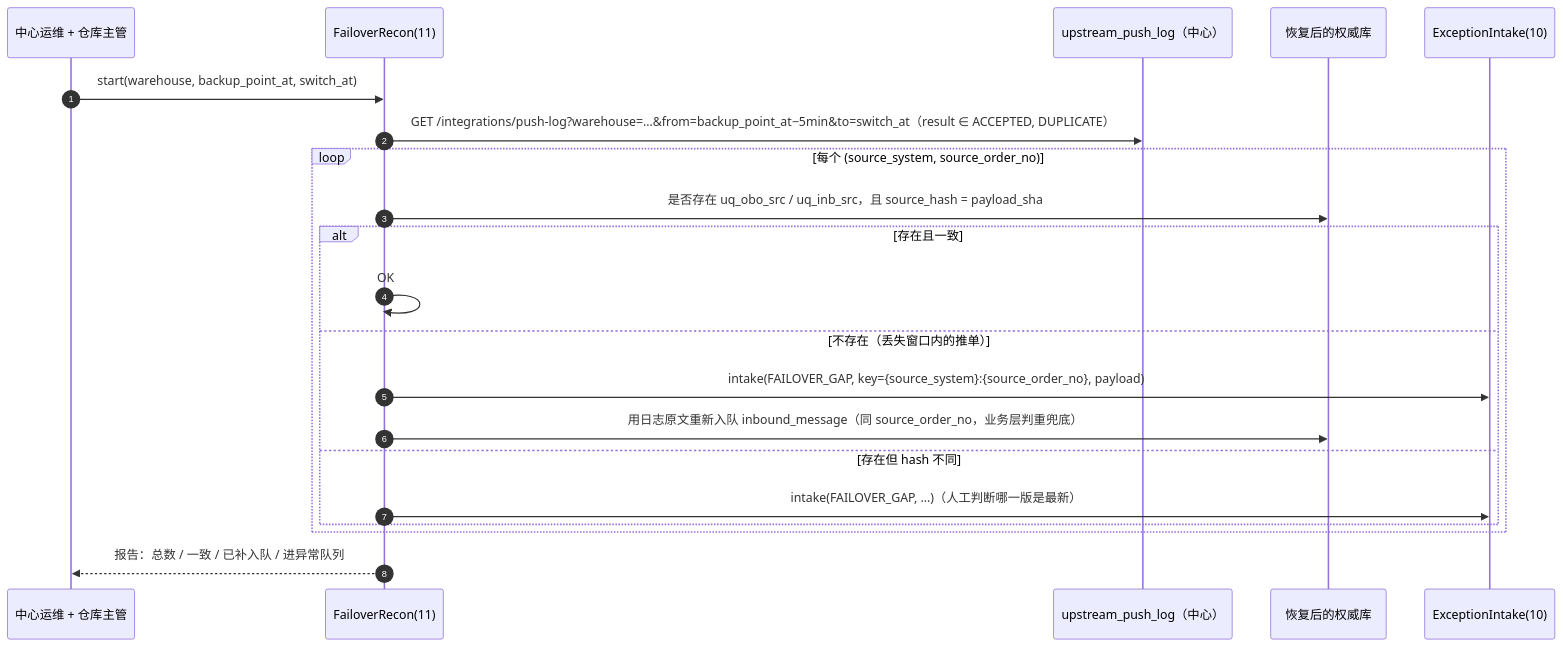
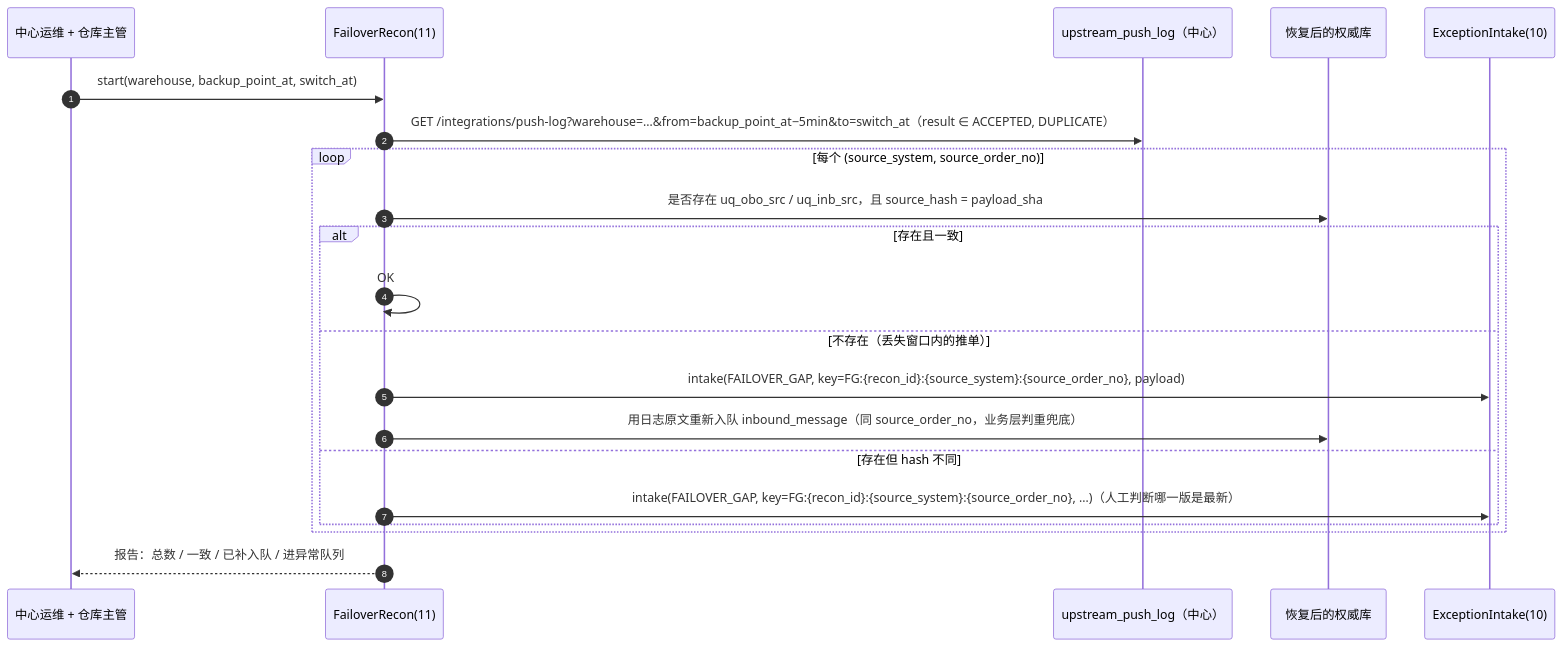
Before and after one commit to Akarin7784/fresh-wms: the fifth of 5 diagrams in docs/11-接口集成.md, drawn with Mermaid. The commit also changed other lines of this file and 4 other files, not shown here.

Commit message:
docs(11)+sql: 小赵二评 B1 推送日志只追加库层落地（两库触发器、PG TRUNCATE 触发器、wms_app 仅 SELECT/INSERT、wms_archiver 只删到期行）、I1 retain_until ≥ received_at+90 天两库 CHECK、I2 授权、ck_upl_sha、FAILOVER_GAP 键带核对批次号；合并 docs/first-design a2ba404；SQLite 131/131、PG 131/131

````diff
--- a/docs/11-接口集成.md
+++ b/docs/11-接口集成.md
@@ -253,23 +254,23 @@
 ```mermaid
 sequenceDiagram
   autonumber
   participant OPS as 中心运维 + 仓库主管
   participant RC as FailoverRecon(11)
   participant LOG as upstream_push_log（中心）
   participant DB as 恢复后的权威库
   participant EXC as ExceptionIntake(10)
   OPS->>RC: start(warehouse, backup_point_at, switch_at)
   RC->>LOG: GET /integrations/push-log?warehouse=…&from=backup_point_at−5min&to=switch_at（result ∈ ACCEPTED, DUPLICATE）
   loop 每个 (source_system, source_order_no)
     RC->>DB: 是否存在 uq_obo_src / uq_inb_src，且 source_hash = payload_sha
     alt 存在且一致
       RC->>RC: OK
     else 不存在（丢失窗口内的推单）
-      RC->>EXC: intake(FAILOVER_GAP, key={source_system}:{source_order_no}, payload)
+      RC->>EXC: intake(FAILOVER_GAP, key=FG:{recon_id}:{source_system}:{source_order_no}, payload)
       RC->>DB: 用日志原文重新入队 inbound_message（同 source_order_no，业务层判重兜底）
     else 存在但 hash 不同
-      RC->>EXC: intake(FAILOVER_GAP, …)（人工判断哪一版是最新）
+      RC->>EXC: intake(FAILOVER_GAP, key=FG:{recon_id}:{source_system}:{source_order_no}, …)（人工判断哪一版是最新）
     end
   end
   RC-->>OPS: 报告：总数 / 一致 / 已补入队 / 进异常队列
 ```
````
